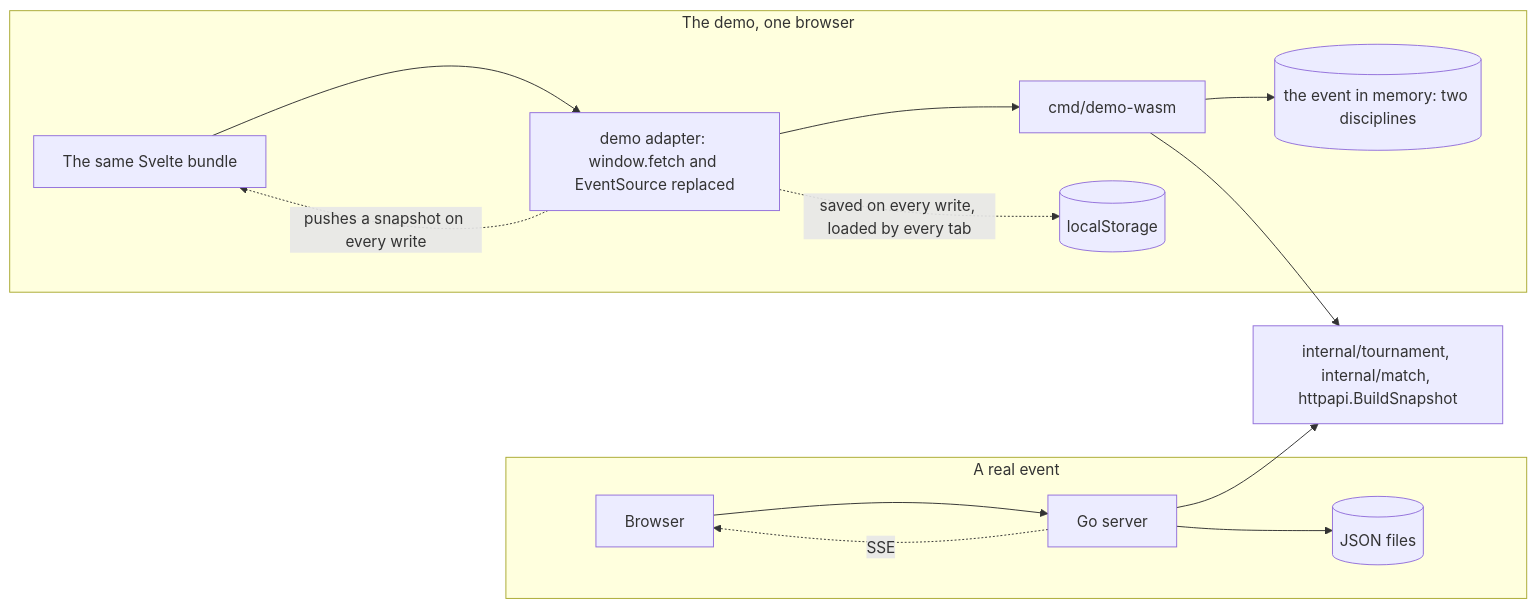
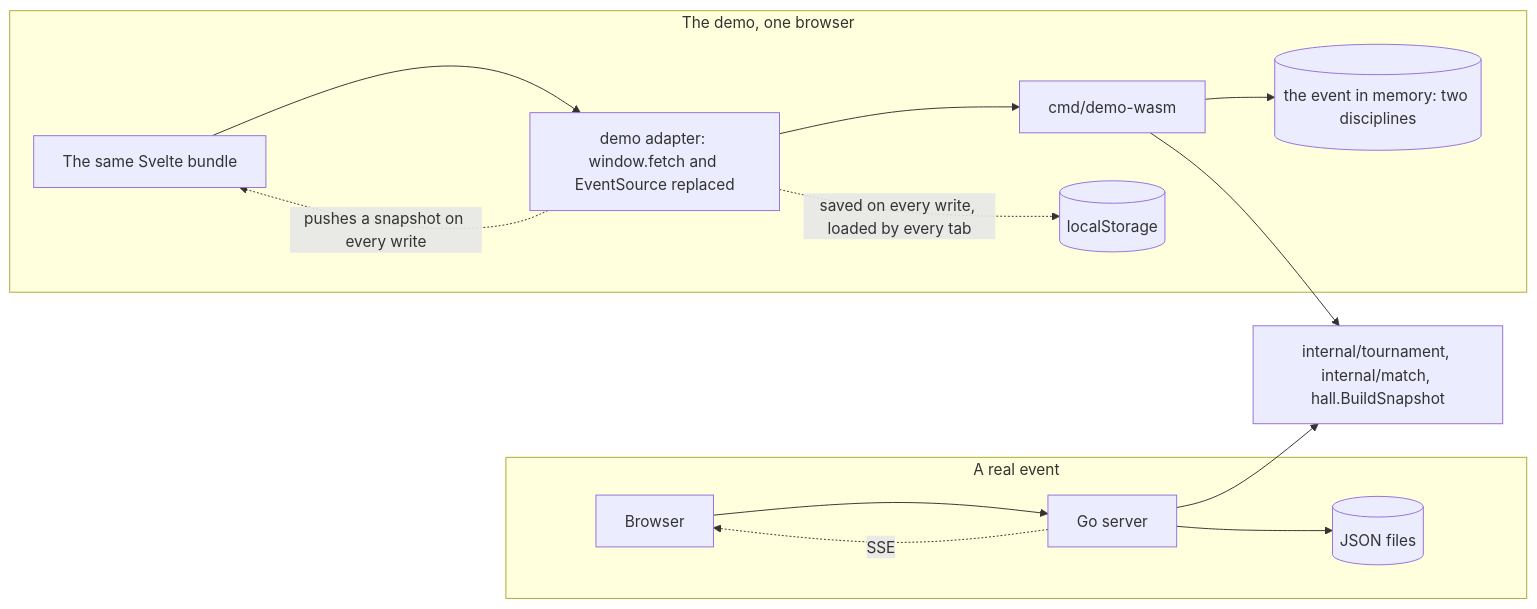
The seventh of 14 diagrams in docs/architecture.md (fylke/porta-di-ferro), drawn with Mermaid before and after one commit. The commit also changed other lines of this file and 119 other files, not shown here.

First line of the commit message:
Move the shared event logic into internal/hall, break up the longest functions, and fix what the review found (#159)

````diff
--- a/docs/architecture.md
+++ b/docs/architecture.md
@@ -197,16 +197,16 @@
 ```mermaid
 flowchart LR
     subgraph Event["A real event"]
         B1[Browser] --> S[Go server] --> F[(JSON files)]
         S -. SSE .-> B1
     end
     subgraph Demo["The demo, one browser"]
         B2[The same Svelte bundle] --> A[demo adapter: window.fetch and EventSource replaced]
         A --> W[cmd/demo-wasm]
         W --> M[(the event in memory: two disciplines)]
         A -. pushes a snapshot on every write .-> B2
         A -. saved on every write, loaded by every tab .-> L[(localStorage)]
     end
-    W --> T[internal/tournament, internal/match, httpapi.BuildSnapshot]
+    W --> T[internal/tournament, internal/match, hall.BuildSnapshot]
     S --> T
 ```
````
